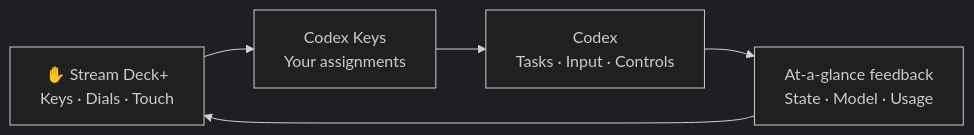
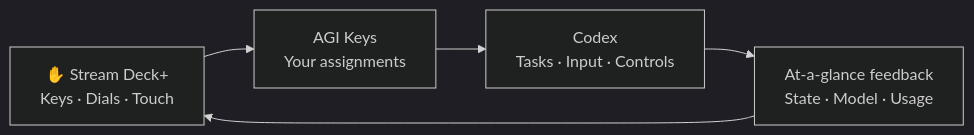
One commit to dualform-labs/agi-keys-release changed the diagram in README.md. Above: the diagram before and after it, drawn with Mermaid (dark theme). The commit also changed other lines of this file, not shown here.

Commit message:
docs: rewrite README.md for AGI Keys Wave1 positioning (v2)

````diff
--- a/README.md
+++ b/README.md
@@ -44,11 +48,11 @@
 ```mermaid
 flowchart LR
     A["✋ Stream Deck+
-Keys · Dials · Touch"] --> B["Codex Keys
+Keys · Dials · Touch"] --> B["AGI Keys
 Your assignments"]
     B --> C["Codex
 Tasks · Input · Controls"]
     C --> D["At-a-glance feedback
 State · Model · Usage"]
     D --> A
 ```
````
